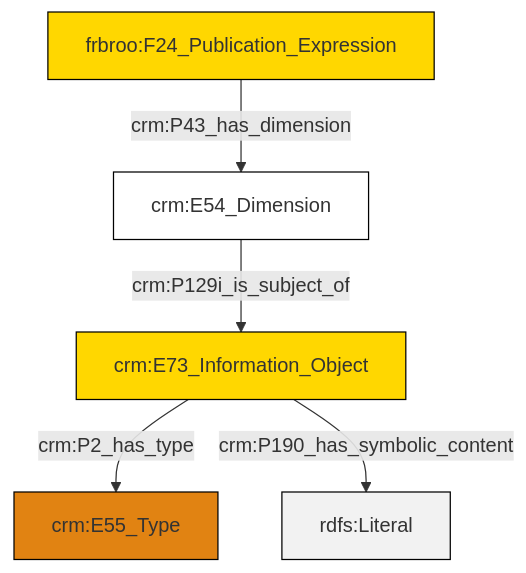
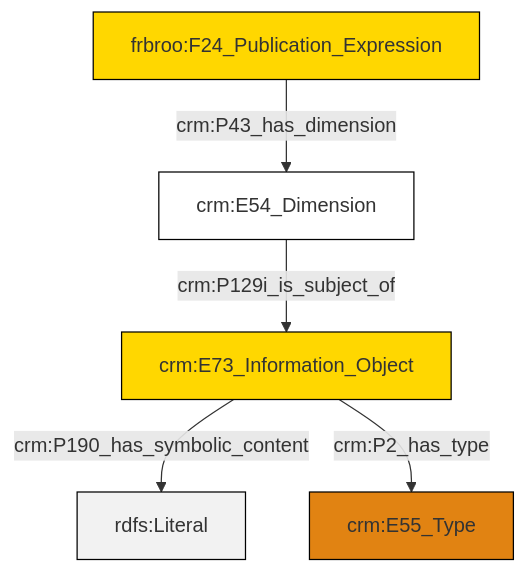
The diagram in et/biblioCSV/ttl/mmd/biblio_substance.ttl.mmd (swiss-art-research-net/reference-data-models), drawn with Mermaid before and after one commit. The commit also changed 124 other files, not shown here.

```diff
--- a/et/biblioCSV/ttl/mmd/biblio_substance.ttl.mmd
+++ b/et/biblioCSV/ttl/mmd/biblio_substance.ttl.mmd
@@ -1,19 +1,19 @@
 graph TD
 classDef Literal fill:#f2f2f2,stroke:#000000;
 classDef CRM_Entity fill:#FFFFFF,stroke:#000000;
 classDef Temporal_Entity fill:#00C9E6, stroke:#000000;
 classDef Type fill:#E18312, stroke:#000000;
 classDef Time-Span fill:#2C9C91, stroke:#000000;
 classDef Appellation fill:#FFEB7F, stroke:#000000;
 classDef Place fill:#008836, stroke:#000000;
 classDef Persistent_Item fill:#B266B2, stroke:#000000;
 classDef Conceptual_Object fill:#FFD700, stroke:#000000;
 classDef Physical_Thing fill:#D2B48C, stroke:#000000;
 classDef Actor fill:#f58aad, stroke:#000000;
 classDef PC_Classes fill:#4ce600, stroke:#000000;
 classDef Multi fill:#cccccc,stroke:#000000;
 
-0["frbroo:F24_Publication_Expression"]:::Conceptual_Object -->|crm:P43_has_dimension| 1["crm:E54_Dimension"]:::CRM_Entity
-5["crm:E73_Information_Object"]:::Conceptual_Object -->|crm:P2_has_type| 2["crm:E55_Type"]:::Type
-1["crm:E54_Dimension"]:::CRM_Entity -->|crm:P129i_is_subject_of| 5["crm:E73_Information_Object"]:::Conceptual_Object
-5["crm:E73_Information_Object"]:::Conceptual_Object -->|crm:P190_has_symbolic_content| 8[rdfs:Literal]:::Literal
+2["frbroo:F24_Publication_Expression"]:::Conceptual_Object -->|crm:P43_has_dimension| 3["crm:E54_Dimension"]:::CRM_Entity
+0["crm:E73_Information_Object"]:::Conceptual_Object -->|crm:P190_has_symbolic_content| 7[rdfs:Literal]:::Literal
+3["crm:E54_Dimension"]:::CRM_Entity -->|crm:P129i_is_subject_of| 0["crm:E73_Information_Object"]:::Conceptual_Object
+0["crm:E73_Information_Object"]:::Conceptual_Object -->|crm:P2_has_type| 5["crm:E55_Type"]:::Type
```
